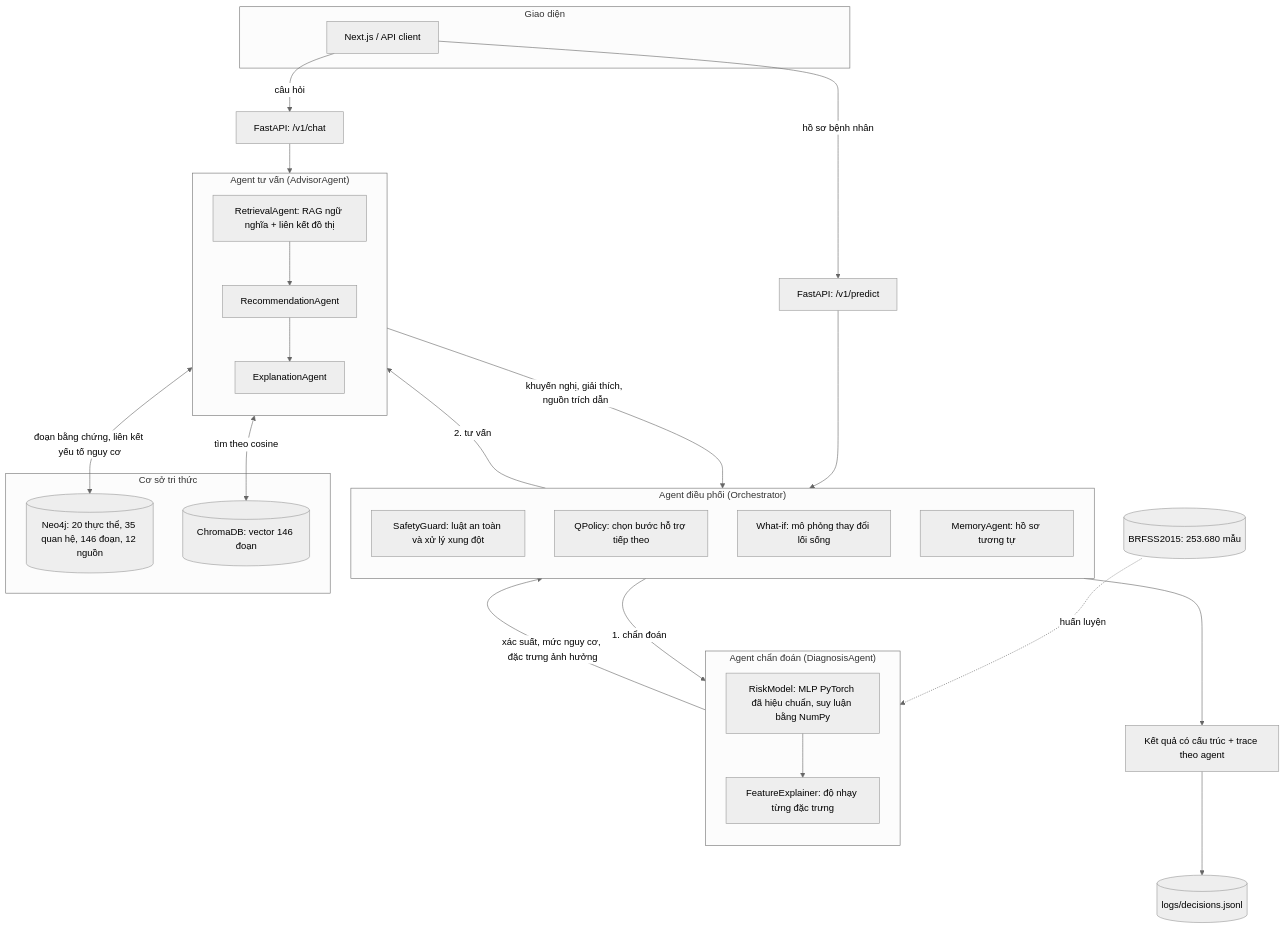
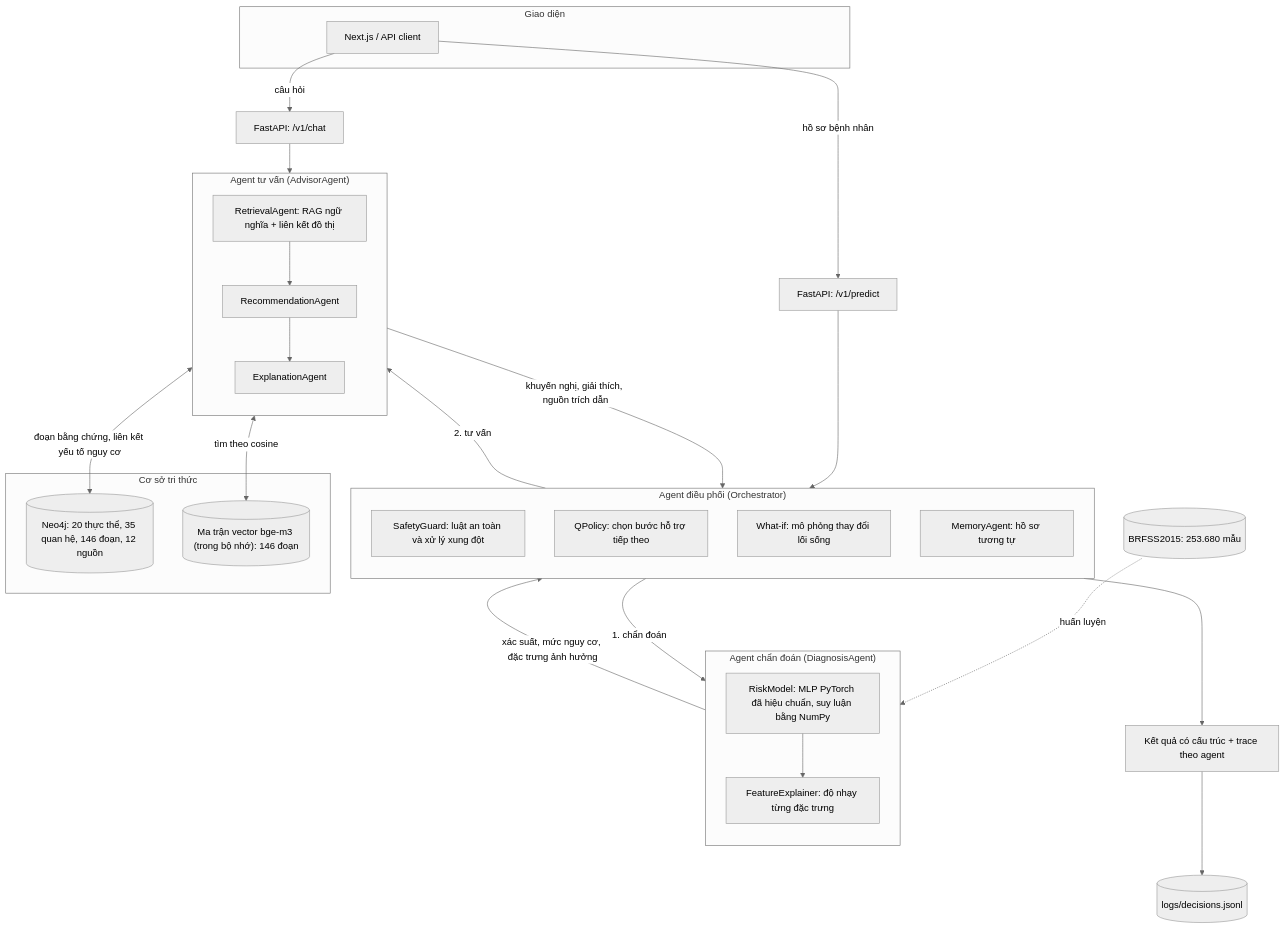
One commit to halobiron/Diabetes_Agent changed the first of 2 diagrams in docs/architecture.md. Above: the diagram before and after it, drawn with Mermaid (neutral theme). The commit also changed other lines of this file and 19 other files, not shown here.

````diff
--- a/docs/architecture.md
+++ b/docs/architecture.md
@@ -7,51 +7,51 @@
 ```mermaid
 flowchart TD
     subgraph UI["Giao diện"]
         WEB["Next.js / API client"]
     end
 
     WEB -->|"hồ sơ bệnh nhân"| API["FastAPI: /v1/predict"]
     WEB -->|"câu hỏi"| CHAT["FastAPI: /v1/chat"]
     API --> ORCH
 
     subgraph ORCH["Agent điều phối (Orchestrator)"]
         direction TB
         SAFE["SafetyGuard: luật an toàn và xử lý xung đột"]
         POLICY["QPolicy: chọn bước hỗ trợ tiếp theo"]
         WHATIF["What-if: mô phỏng thay đổi lối sống"]
         MEM["MemoryAgent: hồ sơ tương tự"]
     end
 
     ORCH -->|"1. chẩn đoán"| DIAG
     DIAG -->|"xác suất, mức nguy cơ, đặc trưng ảnh hưởng"| ORCH
     ORCH -->|"2. tư vấn"| ADV
     ADV -->|"khuyến nghị, giải thích, nguồn trích dẫn"| ORCH
     ORCH --> OUT["Kết quả có cấu trúc + trace theo agent"]
     OUT --> AUDIT[("logs/decisions.jsonl")]
 
     subgraph DIAG["Agent chẩn đoán (DiagnosisAgent)"]
         direction TB
         RM["RiskModel: MLP PyTorch đã hiệu chuẩn, suy luận bằng NumPy"]
         FE["FeatureExplainer: độ nhạy từng đặc trưng"]
         RM --> FE
     end
 
     subgraph ADV["Agent tư vấn (AdvisorAgent)"]
         direction TB
         RET["RetrievalAgent: RAG ngữ nghĩa + liên kết đồ thị"]
         REC["RecommendationAgent"]
         EXP["ExplanationAgent"]
         RET --> REC --> EXP
     end
 
     BRFSS[("BRFSS2015: 253.680 mẫu")] -.->|"huấn luyện"| RM
 
     subgraph KBS["Cơ sở tri thức"]
         NEO[("Neo4j: 20 thực thể, 35 quan hệ, 146 đoạn, 12 nguồn")]
-        CHR[("ChromaDB: vector 146 đoạn")]
+        CHR[("Ma trận vector bge-m3 (trong bộ nhớ): 146 đoạn")]
     end
 
     RET <-->|"đoạn bằng chứng, liên kết yếu tố nguy cơ"| NEO
     RET <-->|"tìm theo cosine"| CHR
     CHAT --> RET
 ```
````
